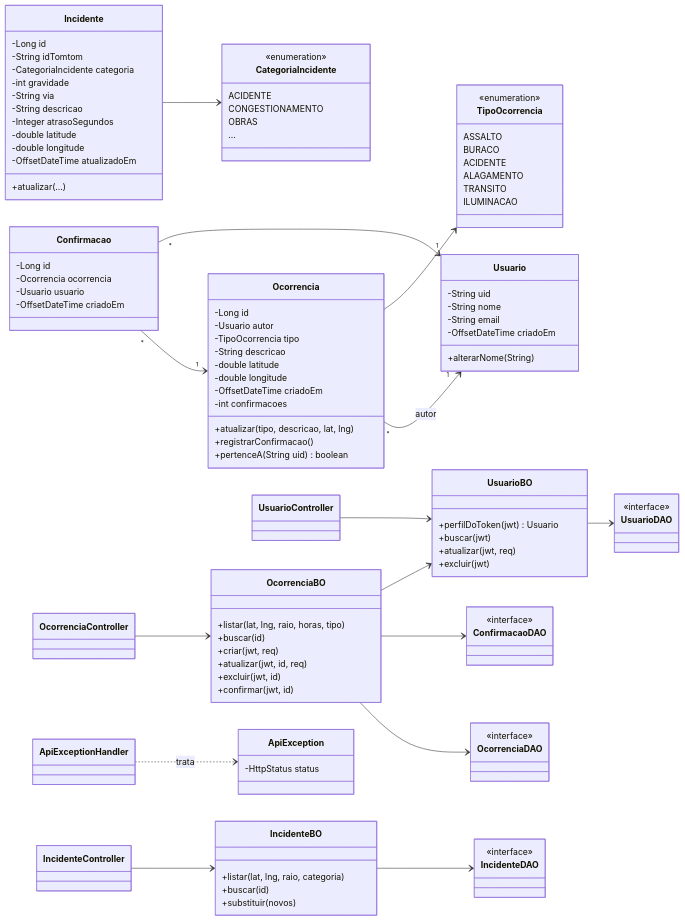
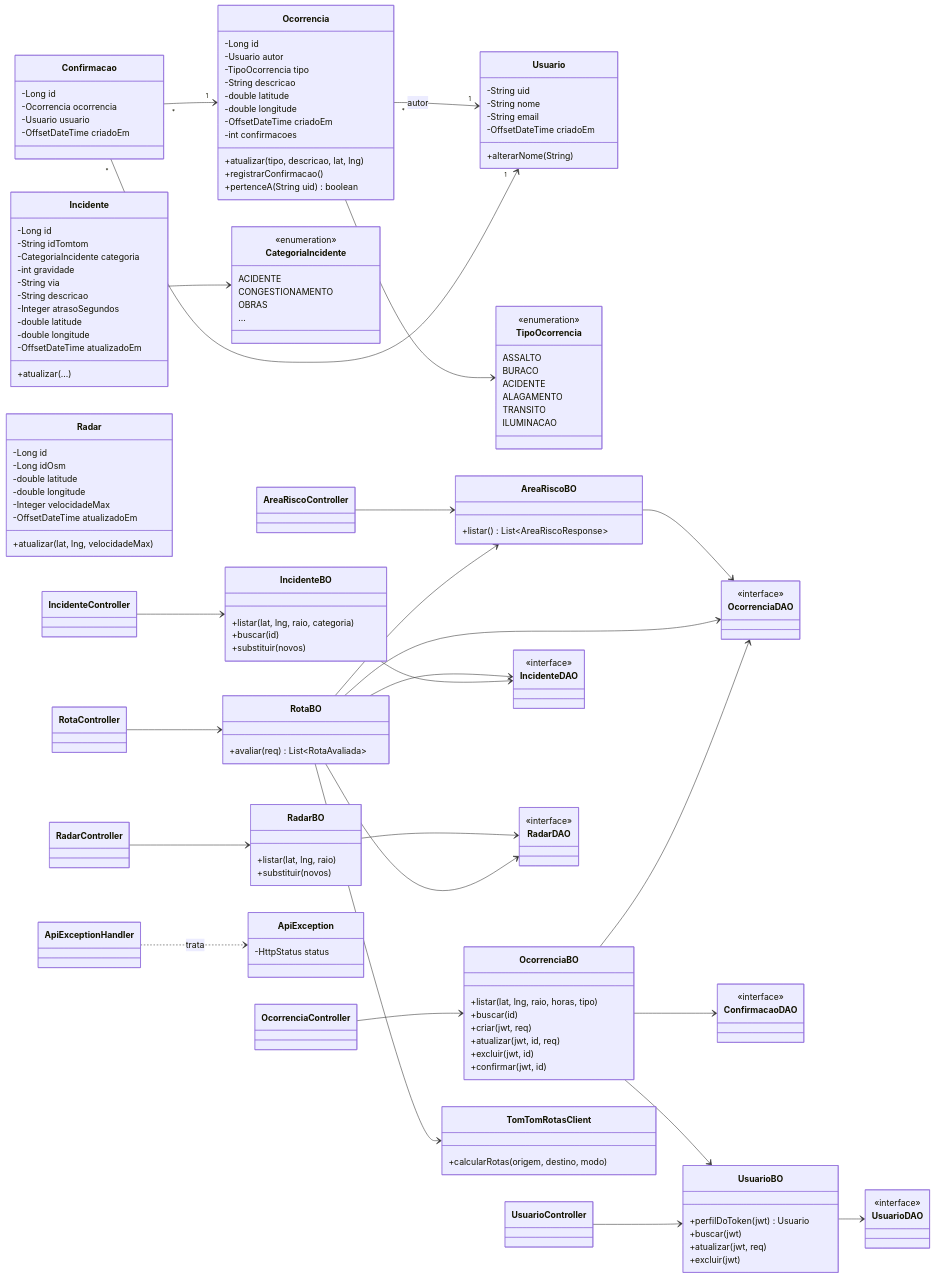
The second of 2 diagrams in docs/ENTREGA-JAVA.md (PedroAlmeida232/SafeMove), drawn with Mermaid before and after one commit. The commit also changed other lines of this file and 54 other files, not shown here.

```diff
--- a/docs/ENTREGA-JAVA.md
+++ b/docs/ENTREGA-JAVA.md
@@ -161,6 +180,15 @@
         -double longitude
         -OffsetDateTime atualizadoEm
         +atualizar(...)
+    }
+    class Radar {
+        -Long id
+        -Long idOsm
+        -double latitude
+        -double longitude
+        -Integer velocidadeMax
+        -OffsetDateTime atualizadoEm
+        +atualizar(lat, lng, velocidadeMax)
     }
     class TipoOcorrencia {
         <<enumeration>>
@@ -218,11 +246,40 @@
     class IncidenteDAO {
         <<interface>>
     }
+    class RadarController
+    class RadarBO {
+        +listar(lat, lng, raio)
+        +substituir(novos)
+    }
+    class RadarDAO {
+        <<interface>>
+    }
+    class AreaRiscoController
+    class AreaRiscoBO {
+        +listar() List~AreaRiscoResponse~
+    }
+    class RotaController
+    class RotaBO {
+        +avaliar(req) List~RotaAvaliada~
+    }
+    class TomTomRotasClient {
+        +calcularRotas(origem, destino, modo)
+    }
     class ApiException {
         -HttpStatus status
     }
     class ApiExceptionHandler
 
+    RadarController --> RadarBO
+    RadarBO --> RadarDAO
+    AreaRiscoController --> AreaRiscoBO
+    AreaRiscoBO --> OcorrenciaDAO
+    RotaController --> RotaBO
+    RotaBO --> TomTomRotasClient
+    RotaBO --> IncidenteDAO
+    RotaBO --> OcorrenciaDAO
+    RotaBO --> RadarDAO
+    RotaBO --> AreaRiscoBO
     OcorrenciaController --> OcorrenciaBO
     OcorrenciaBO --> OcorrenciaDAO
     OcorrenciaBO --> ConfirmacaoDAO
```
